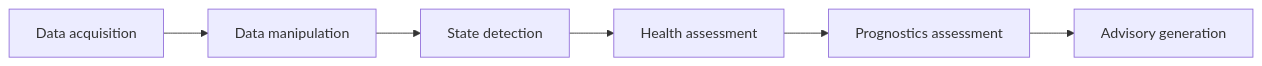
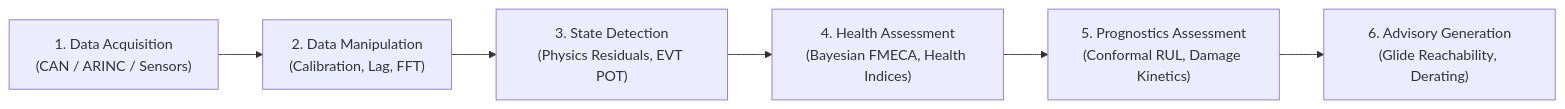
One commit to Aayush-Deshpande/Maverick changed the fourth of 5 diagrams in docs_site/technical/04-system-architecture.md. Above: the diagram before and after it, drawn with Mermaid. The commit also changed other lines of this file and 60 other files, not shown here.

````diff
--- a/docs_site/technical/04-system-architecture.md
+++ b/docs_site/technical/04-system-architecture.md
@@ -61,8 +174,8 @@
 ```mermaid
 flowchart LR
-    DA[Data acquisition] --> DM[Data manipulation]
-    DM --> SD[State detection]
-    SD --> HA[Health assessment]
-    HA --> PA[Prognostics assessment]
-    PA --> AG[Advisory generation]
+    DA["1. Data Acquisition<br/>(CAN / ARINC / Sensors)"] --> DM["2. Data Manipulation<br/>(Calibration, Lag, FFT)"]
+    DM --> SD["3. State Detection<br/>(Physics Residuals, EVT POT)"]
+    SD --> HA["4. Health Assessment<br/>(Bayesian FMECA, Health Indices)"]
+    HA --> PA["5. Prognostics Assessment<br/>(Conformal RUL, Damage Kinetics)"]
+    PA --> AG["6. Advisory Generation<br/>(Glide Reachability, Derating)"]
 ```
````
